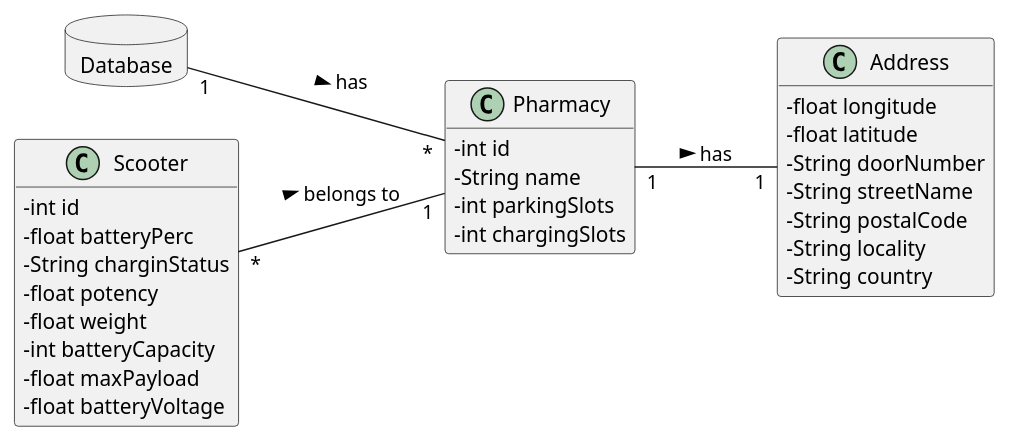
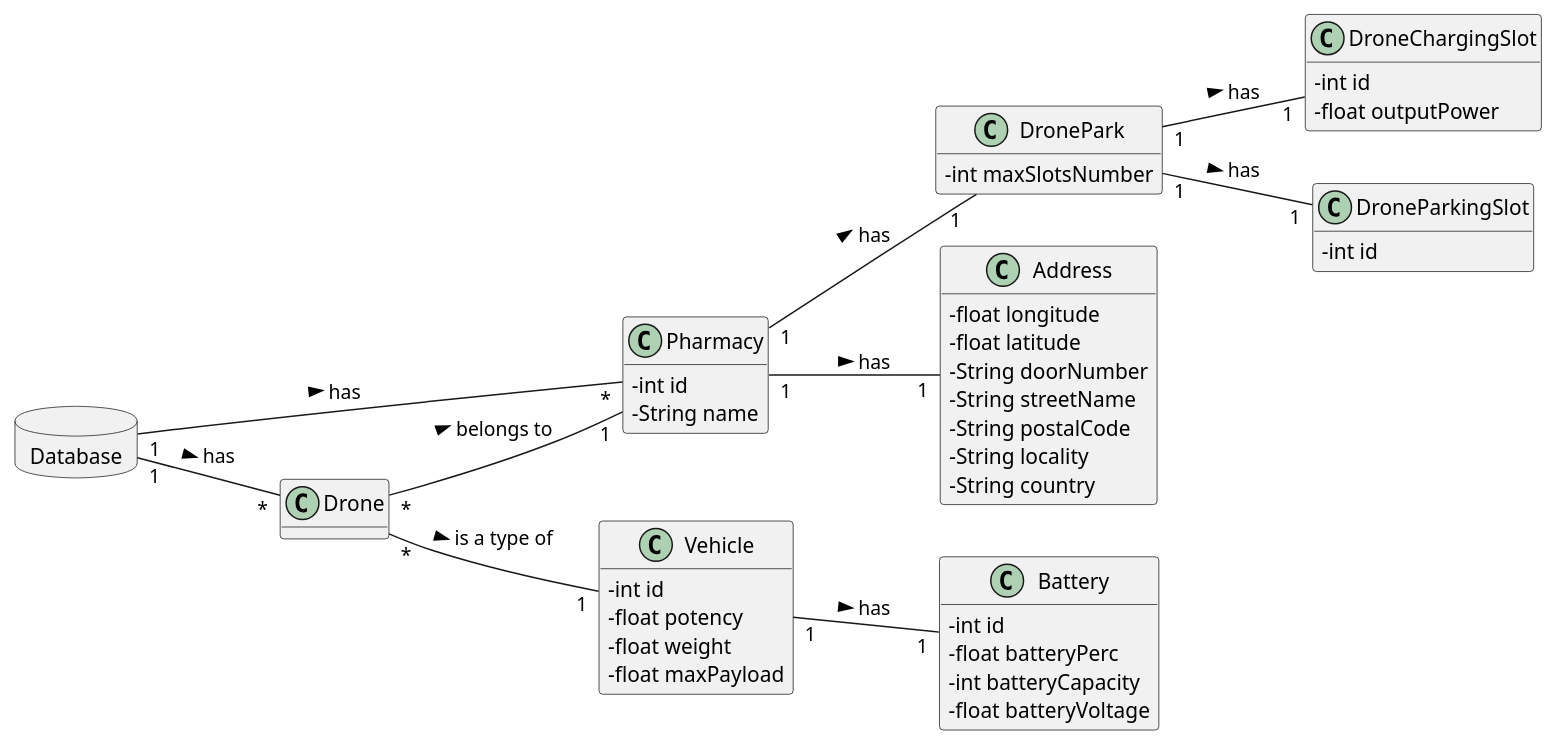
The diagram in docs/Iteration 2/Drone Management/US194_RemoveDrone/US194_DM.puml (tiagoavcosta25/LAPR3), drawn with PlantUML before and after one commit. The commit also changed 1 other file, not shown here.

Commit message:
LAPR2AP2-263 #fixing Remove Drone [Analysis]

```diff
--- a/docs/Iteration 2/Drone Management/US194_RemoveDrone/US194_DM.puml
+++ b/docs/Iteration 2/Drone Management/US194_RemoveDrone/US194_DM.puml
@@ -1,42 +1,65 @@
 @startuml
 skinparam classAttributeIconSize 0
 hide methods
 left to right direction
 
 database Database {
 }
 
 class Pharmacy {
   -int id
   -String name
-  -int parkingSlots
-  -int chargingSlots
 }
 
-class Scooter{
+class DronePark{
+-   int maxSlotsNumber
+}
+
+class DroneChargingSlot{
+-   int id
+-   float outputPower
+}
+
+class DroneParkingSlot{
+-   int id
+}
+
+class Drone{
+}
+
+class Vehicle{
+  -int id
+  -float potency
+  -float weight
+  -float maxPayload
+}
+
+class Battery{
   -int id
   -float batteryPerc
-  -String charginStatus
-  -float potency
-  -float weight
   -int batteryCapacity
-  -float maxPayload
   -float batteryVoltage
 }
 
 class Address{
   -float longitude
   -float latitude
   -String doorNumber
   -String streetName
   -String postalCode
   -String locality
   -String country
 }
 
 
 
 Database "1" -- "*" Pharmacy : has >
-Scooter "*" -- "1" Pharmacy : belongs to >
+Database "1" -- "*" Drone : has >
+Drone "*" -- "1" Pharmacy : belongs to >
+Drone "*" -- "1" Vehicle : is a type of >
+Vehicle "1" -- "1" Battery : has >
 Pharmacy "1" -- "1" Address : has >
+Pharmacy "1" -- "1" DronePark : has >
+DronePark "1" -- "1" DroneChargingSlot : has >
+DronePark "1" -- "1" DroneParkingSlot : has >
 @enduml
```
